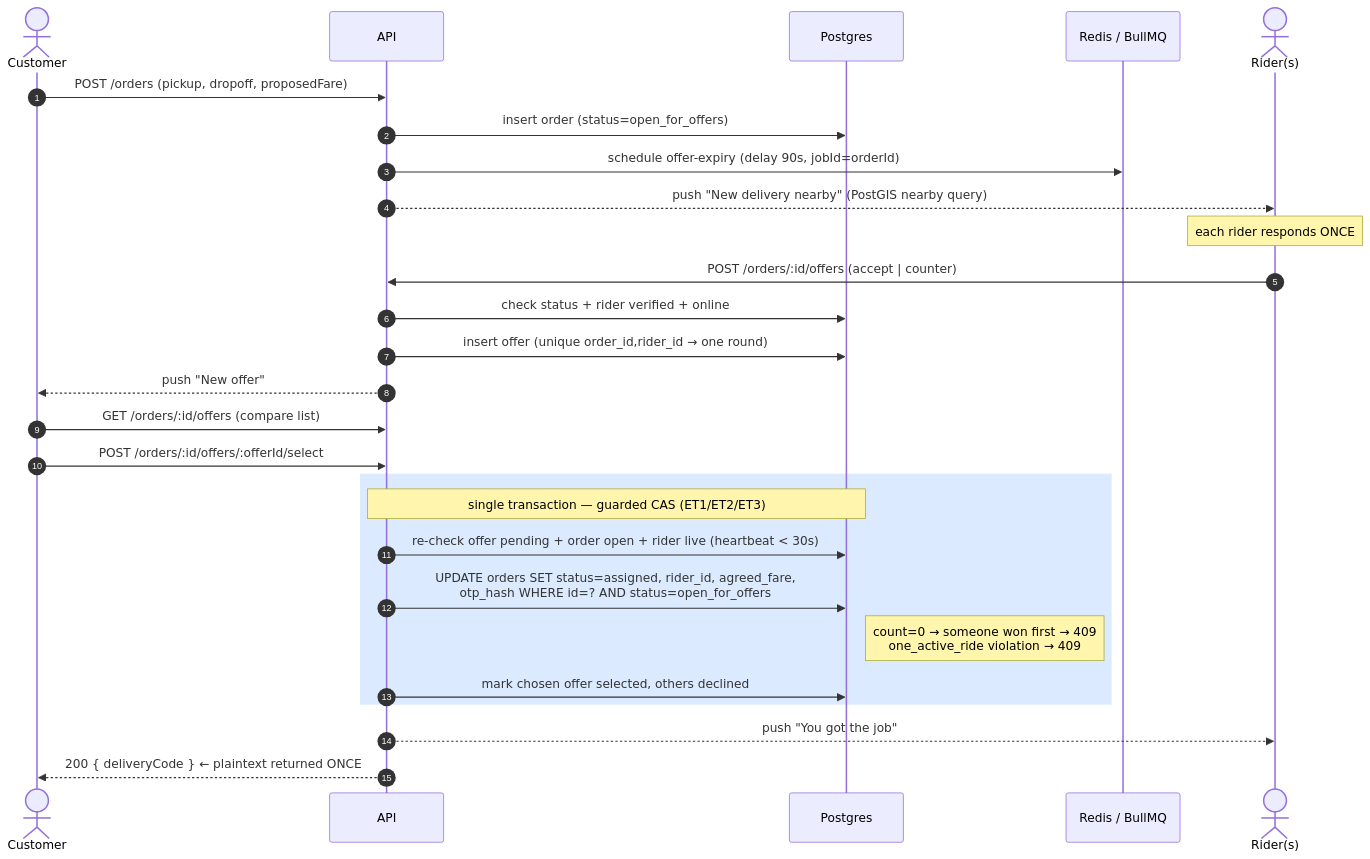
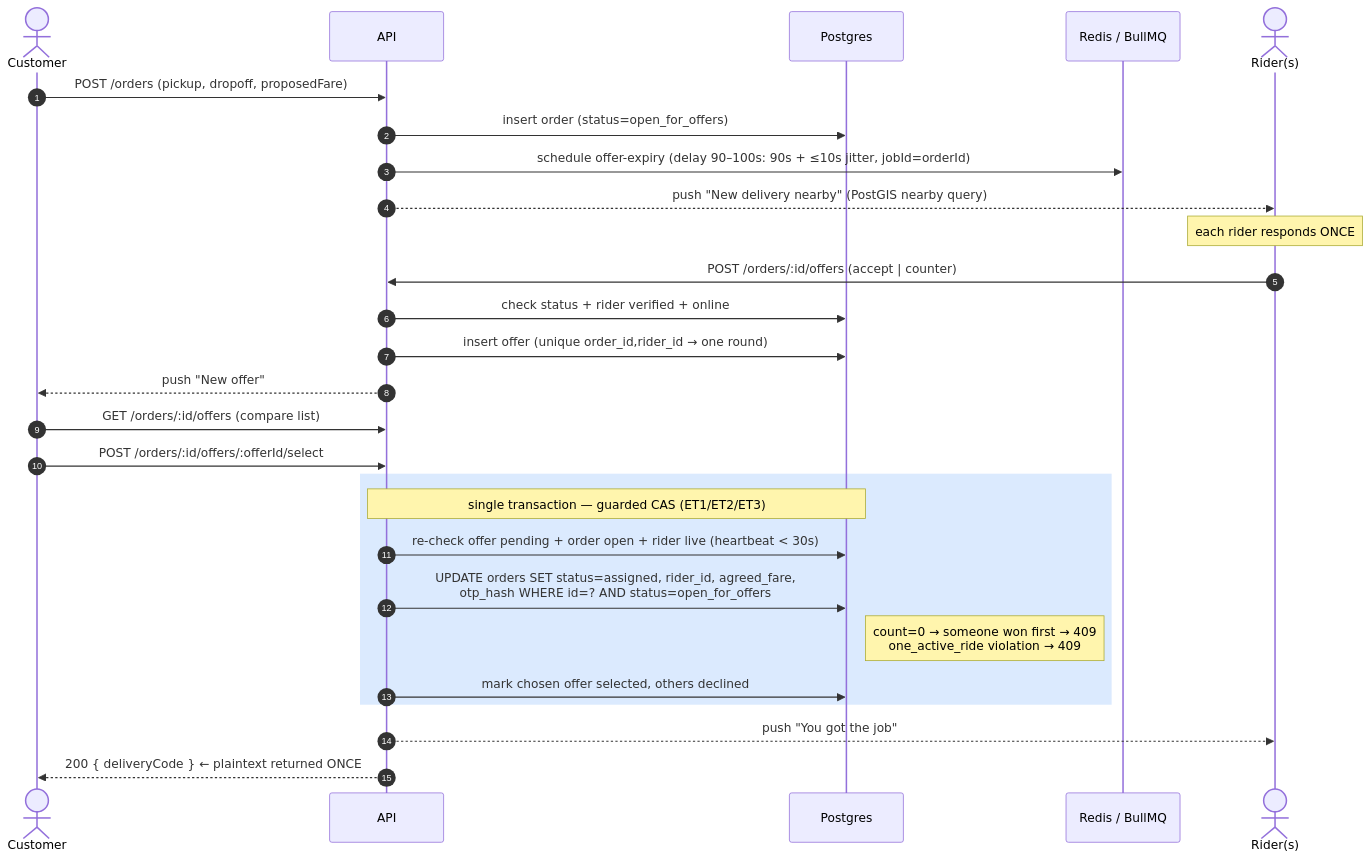
One commit to unnfazzed/Lynia changed the seventh of 16 diagrams in docs/ARCHITECTURE.md. Above: the diagram before and after it, drawn with Mermaid. The commit also changed other lines of this file and 19 other files, not shown here.

````diff
--- a/docs/ARCHITECTURE.md
+++ b/docs/ARCHITECTURE.md
@@ -528,34 +533,34 @@
 ```mermaid
 sequenceDiagram
     autonumber
     actor C as Customer
     participant API
     participant DB as Postgres
     participant Q as Redis / BullMQ
     actor R as Rider(s)
 
     C->>API: POST /orders (pickup, dropoff, proposedFare)
     API->>DB: insert order (status=open_for_offers)
-    API->>Q: schedule offer-expiry (delay 90s, jobId=orderId)
+    API->>Q: schedule offer-expiry (delay 90–100s: 90s + ≤10s jitter, jobId=orderId)
     API-->>R: push "New delivery nearby" (PostGIS nearby query)
 
     Note over R: each rider responds ONCE
     R->>API: POST /orders/:id/offers (accept | counter)
     API->>DB: check status + rider verified + online
     API->>DB: insert offer (unique order_id,rider_id → one round)
     API-->>C: push "New offer"
 
     C->>API: GET /orders/:id/offers (compare list)
     C->>API: POST /orders/:id/offers/:offerId/select
 
     rect rgb(219, 234, 254)
     Note over API,DB: single transaction — guarded CAS (ET1/ET2/ET3)
     API->>DB: re-check offer pending + order open + rider live (heartbeat < 30s)
     API->>DB: UPDATE orders SET status=assigned, rider_id, agreed_fare,<br/>otp_hash WHERE id=? AND status=open_for_offers
     Note right of DB: count=0 → someone won first → 409<br/>one_active_ride violation → 409
     API->>DB: mark chosen offer selected, others declined
     end
 
     API-->>R: push "You got the job"
     API-->>C: 200 { deliveryCode }  ← plaintext returned ONCE
 ```
````
